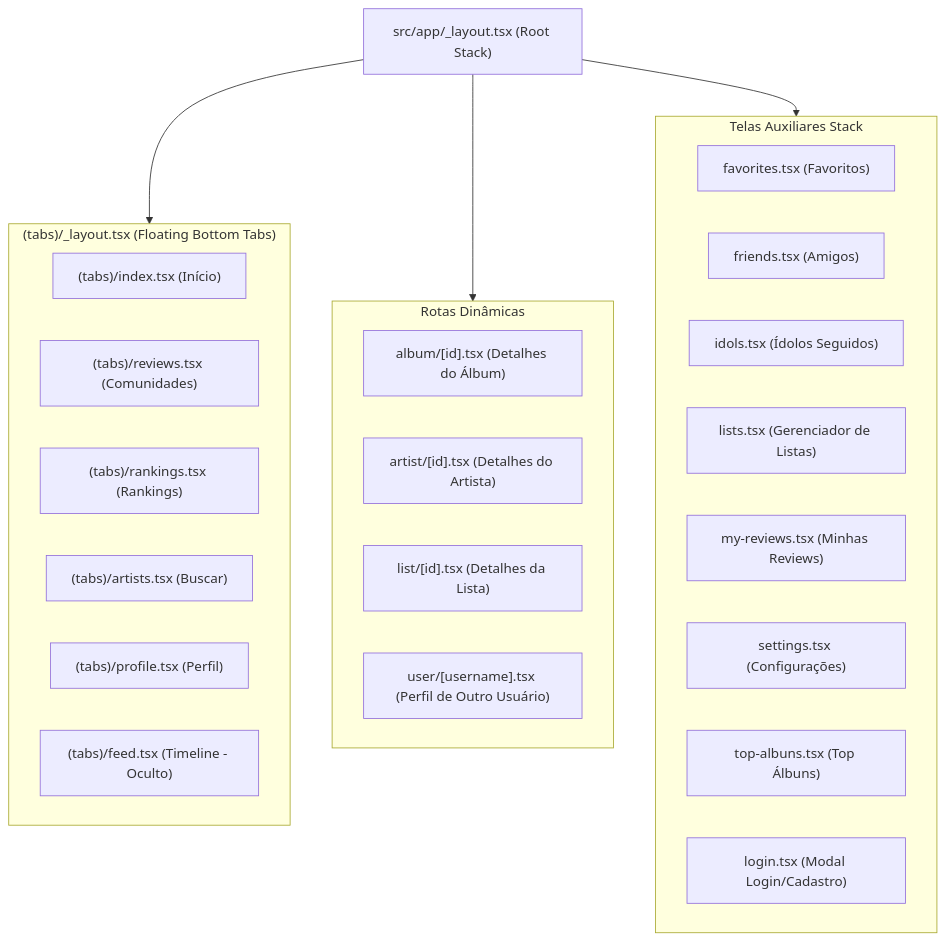
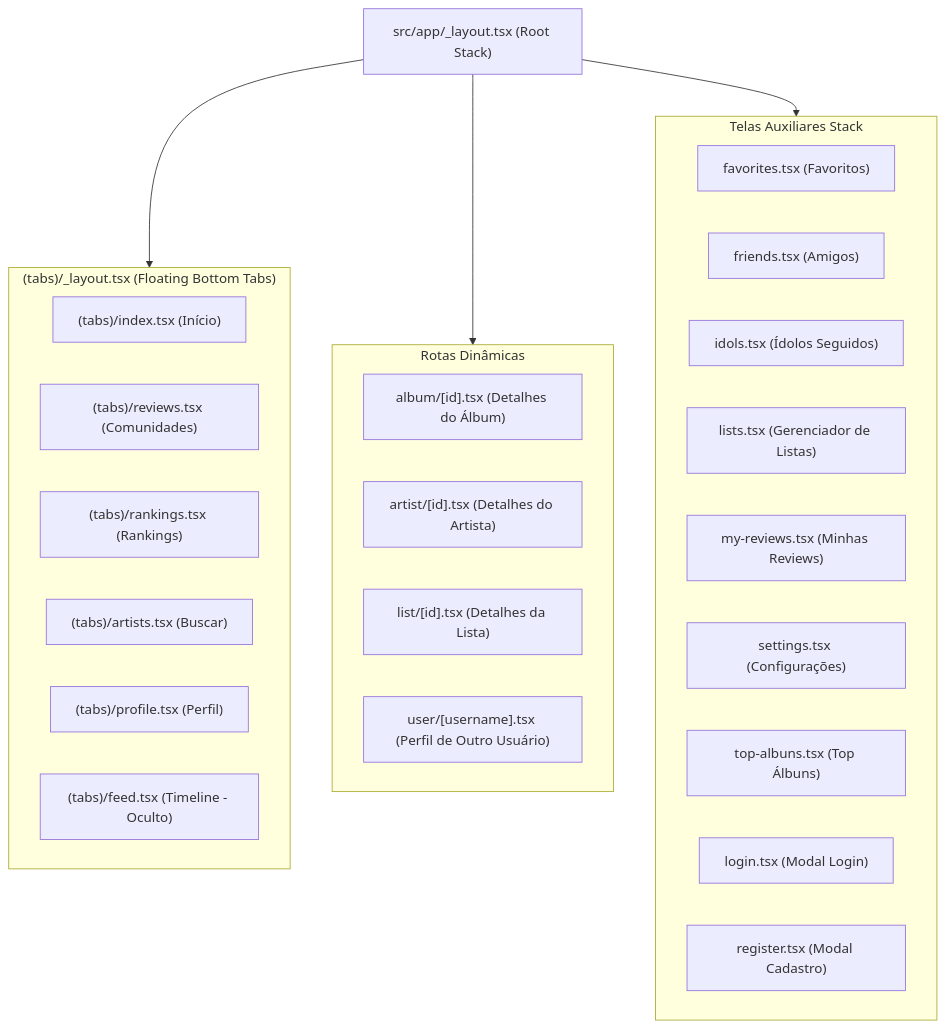
The diagram in docs/routes-and-screens.md (danielkhalils/musicpostr-mobile), drawn with Mermaid before and after one commit. The commit also changed other lines of this file and 9 other files, not shown here.

````diff
--- a/docs/routes-and-screens.md
+++ b/docs/routes-and-screens.md
@@ -9,35 +9,36 @@
 ```mermaid
 flowchart TD
     Root["src/app/_layout.tsx (Root Stack)"]
     
     subgraph Tabs ["(tabs)/_layout.tsx (Floating Bottom Tabs)"]
         TabHome["(tabs)/index.tsx (Início)"]
         TabReviews["(tabs)/reviews.tsx (Comunidades)"]
         TabRankings["(tabs)/rankings.tsx (Rankings)"]
         TabArtists["(tabs)/artists.tsx (Buscar)"]
         TabProfile["(tabs)/profile.tsx (Perfil)"]
         TabFeed["(tabs)/feed.tsx (Timeline - Oculto)"]
     end
 
     subgraph Dynamic ["Rotas Dinâmicas"]
         AlbumDetail["album/[id].tsx (Detalhes do Álbum)"]
         ArtistDetail["artist/[id].tsx (Detalhes do Artista)"]
         ListDetail["list/[id].tsx (Detalhes da Lista)"]
         UserDetail["user/[username].tsx (Perfil de Outro Usuário)"]
     end
 
     subgraph Stacks ["Telas Auxiliares Stack"]
         Favorites["favorites.tsx (Favoritos)"]
         Friends["friends.tsx (Amigos)"]
         Idols["idols.tsx (Ídolos Seguidos)"]
         Lists["lists.tsx (Gerenciador de Listas)"]
         MyReviews["my-reviews.tsx (Minhas Reviews)"]
         Settings["settings.tsx (Configurações)"]
         TopAlbuns["top-albuns.tsx (Top Álbuns)"]
-        Login["login.tsx (Modal Login/Cadastro)"]
+        Login["login.tsx (Modal Login)"]
+        Register["register.tsx (Modal Cadastro)"]
     end
 
     Root --> Tabs
     Root --> Dynamic
     Root --> Stacks
 ```
````
